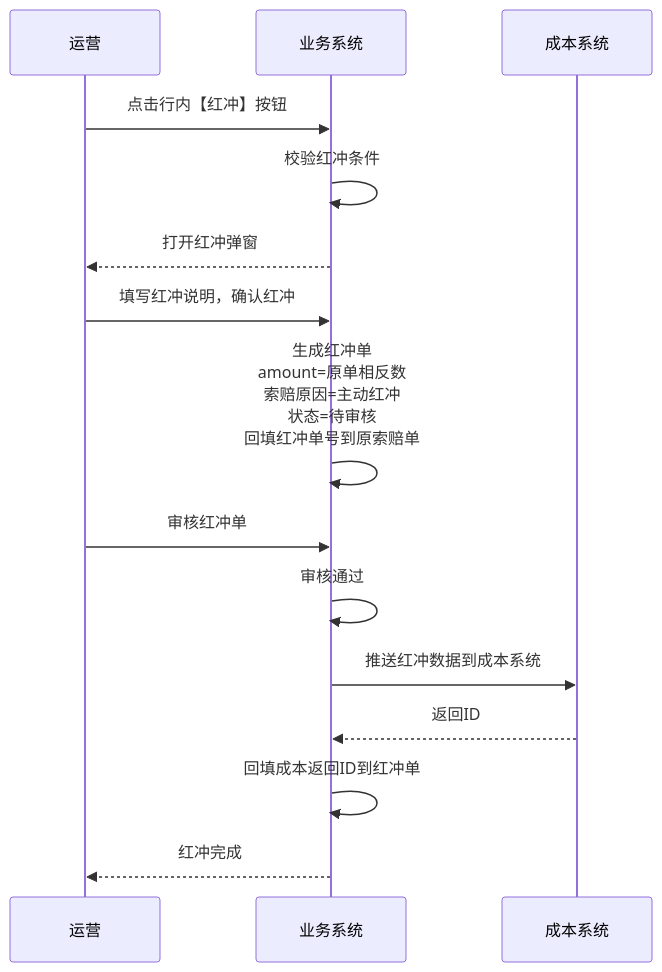
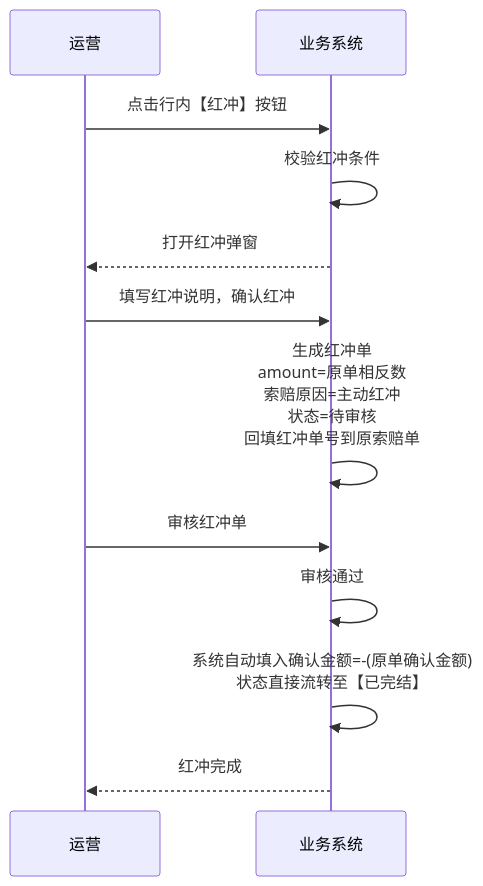
Before and after one commit to ljfjzgz/ljfjzgz.github.io: the third of 3 diagrams in PRDdocs/00-业务概况/3.供应商索赔流程.md, drawn with Mermaid. The commit also changed other lines of this file and 8 other files, not shown here.

````diff
--- a/PRDdocs/00-业务概况/3.供应商索赔流程.md
+++ b/PRDdocs/00-业务概况/3.供应商索赔流程.md
@@ -163,18 +143,15 @@
 ```mermaid
 sequenceDiagram
     participant U as 运营
     participant B as 业务系统
-    participant C as 成本系统
 
     U->>B: 点击行内【红冲】按钮
     B->>B: 校验红冲条件
     B-->>U: 打开红冲弹窗
     U->>B: 填写红冲说明，确认红冲
     B->>B: 生成红冲单<br/>amount=原单相反数<br/>索赔原因=主动红冲<br/>状态=待审核<br/>回填红冲单号到原索赔单
     U->>B: 审核红冲单
     B->>B: 审核通过
-    B->>C: 推送红冲数据到成本系统
-    C-->>B: 返回ID
-    B->>B: 回填成本返回ID到红冲单
+    B->>B: 系统自动填入确认金额=-(原单确认金额)<br/>状态直接流转至【已完结】
     B-->>U: 红冲完成
 ```
````
